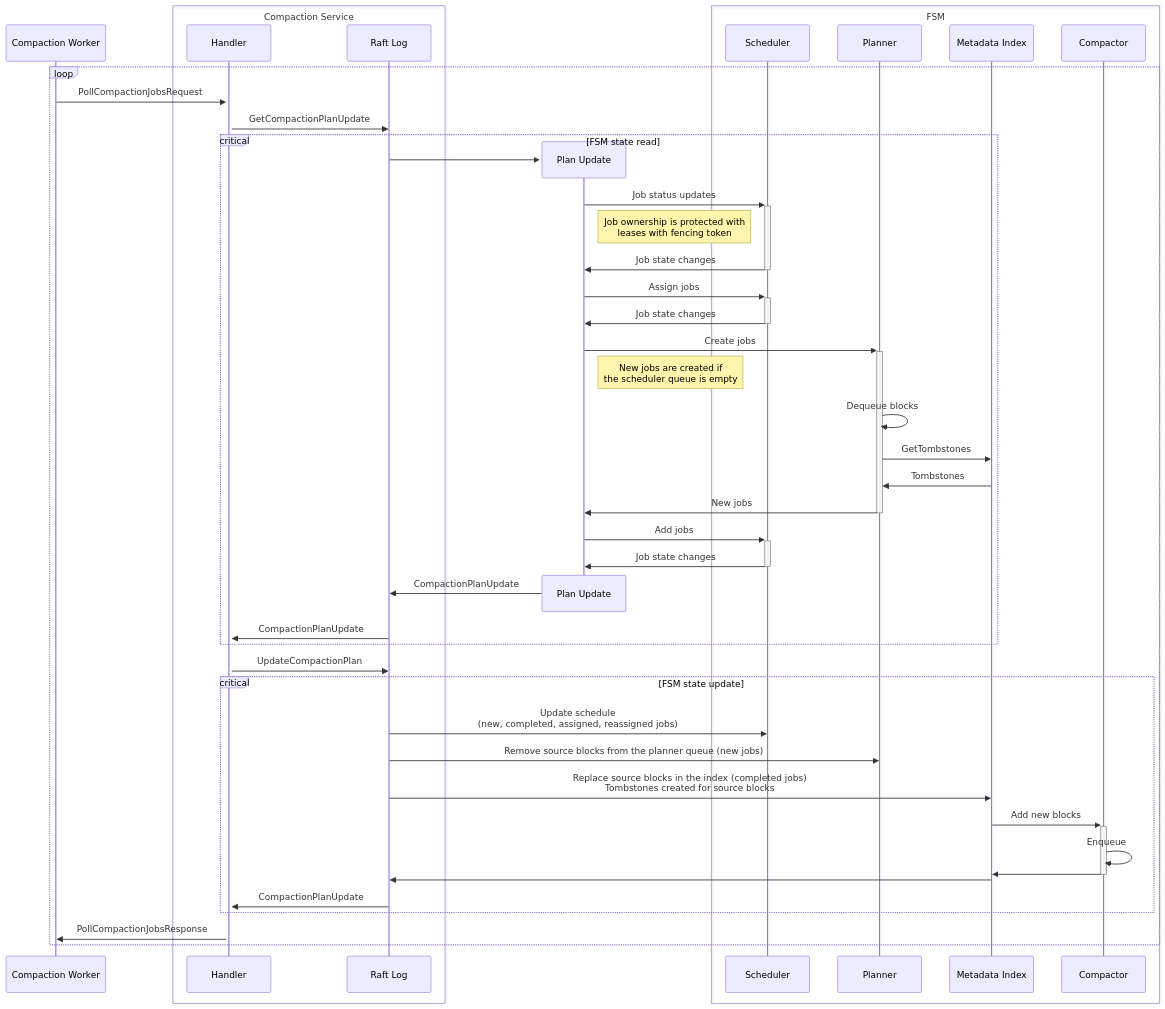
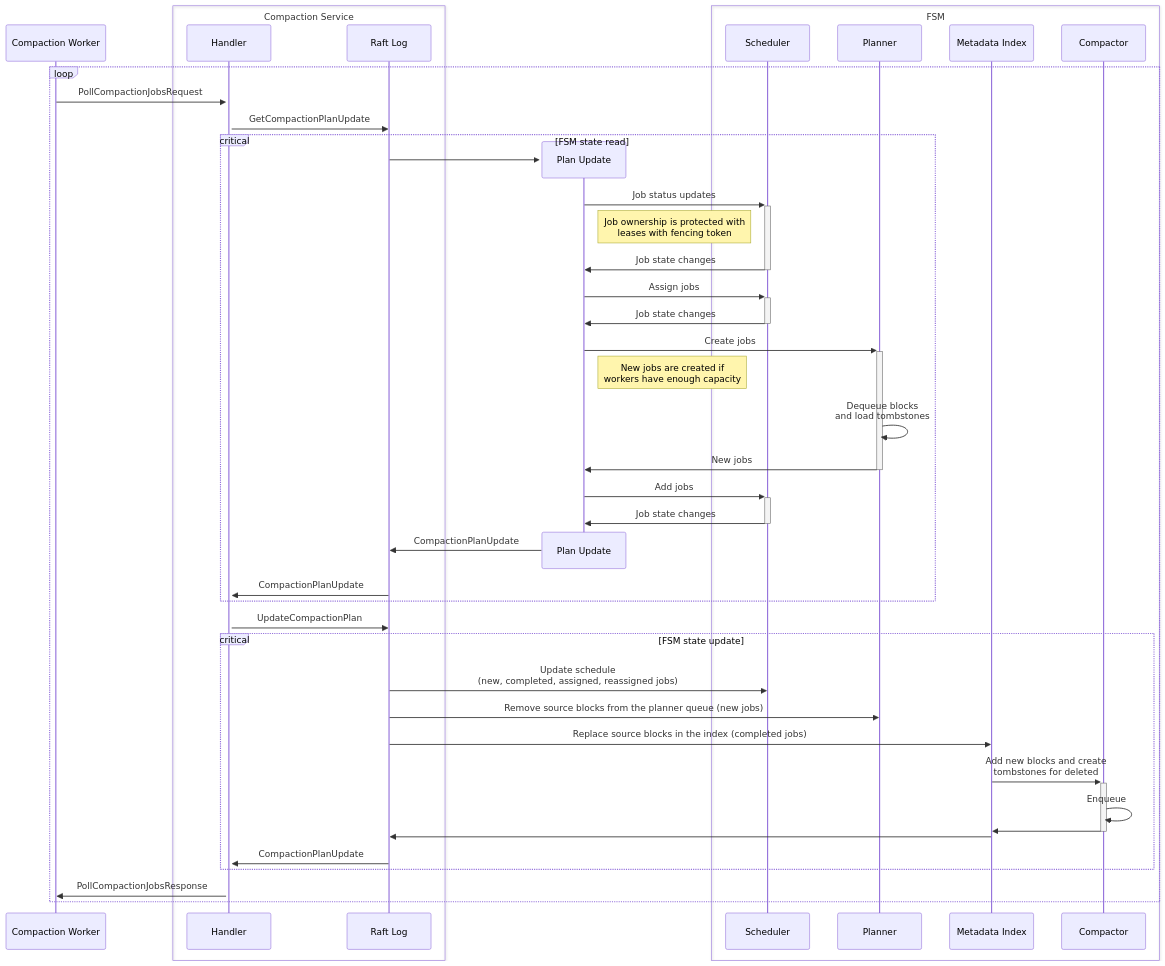
One commit to grafana/pyroscope changed the first of 2 diagrams in pkg/experiment/metastore/compaction/README.md. Above: the diagram before and after it, drawn with Mermaid.

````diff
--- a/pkg/experiment/metastore/compaction/README.md
+++ b/pkg/experiment/metastore/compaction/README.md
@@ -39,59 +39,57 @@
 ```mermaid
 sequenceDiagram
     participant W as Compaction Worker
 
     box Compaction Service
         participant H as Handler
         participant R as Raft Log
     end
 
 loop
 
     W ->>+H: PollCompactionJobsRequest
     H ->>R: GetCompactionPlanUpdate
 
     critical FSM state read
         create participant U as Plan Update
         R ->>U: 
         U ->>+S: Job status updates
         Note right of U: Job ownership is protected with<br>leases with fencing token
         S ->>-U: Job state changes
         U ->>+S: Assign jobs
         S ->>-U: Job state changes
         U ->>+P: Create jobs
-        Note right of U: New jobs are created if<br>the scheduler queue is empty
-        P ->>P: Dequeue blocks
-        P ->>I: GetTombstones
-        I ->>P: Tombstones
+        Note right of U: New jobs are created if<br>workers have enough capacity
+        P ->>P: Dequeue blocks<br>and load tombstones
         P ->>-U: New jobs
         U ->>+S: Add jobs
         S ->>-U: Job state changes
         destroy U
         U ->>R: CompactionPlanUpdate
         R ->>H: CompactionPlanUpdate
     end
 
     H ->>R: UpdateCompactionPlan
 
     critical FSM state update
         R ->>S: Update schedule<br>(new, completed, assigned, reassigned jobs)
         R ->>P: Remove source blocks from the planner queue (new jobs)
-        R ->>I: Replace source blocks in the index (completed jobs)<br>Tombstones created for source blocks
-        I ->>+C: Add new blocks
+        R ->>I: Replace source blocks in the index (completed jobs)
+        I ->>+C: Add new blocks and create<br>tombstones for deleted
         C ->>C: Enqueue
         C ->>-I: 
         I ->>R: 
         R ->>H: CompactionPlanUpdate
     end
 
     H ->> W: PollCompactionJobsResponse
 
 end
 
     box FSM
         participant C as Compactor
         participant P as Planner
         participant S as Scheduler
         participant I as Metadata Index
     end
 ```
````
